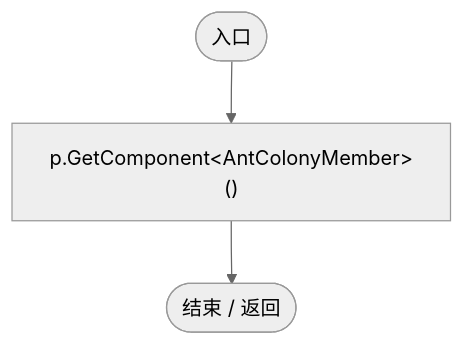
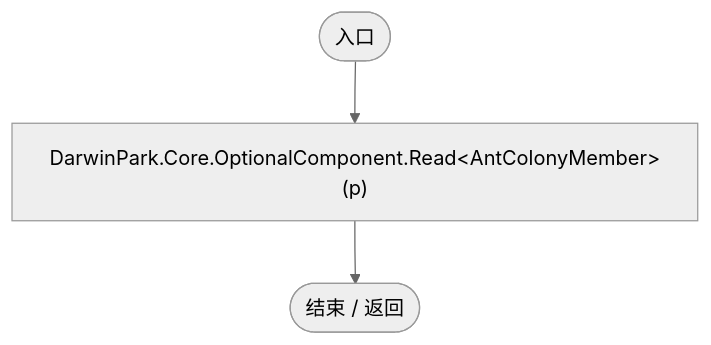
Before and after one commit to xhs6666/Darwin_paradise: diagram 18 of 53 in Docs/运行流程图/脚本/baebd85c05598377.md, drawn with Mermaid (neutral theme). The commit also changed other lines of this file and 297 other files, not shown here.

````diff
--- a/Docs/运行流程图/脚本/baebd85c05598377.md
+++ b/Docs/运行流程图/脚本/baebd85c05598377.md
@@ -408,9 +408,9 @@
 ```mermaid
 flowchart TD
   n2(["入口"])
-  n1["p.GetComponent&lt;AntColonyMember&gt;()"]
+  n1["DarwinPark.Core.OptionalComponent.Read&lt;AntColonyMember&gt;(p)"]
   n0(["结束 / 返回"])
   n1 --> n0
   n2 --> n1
 
 ```
````
